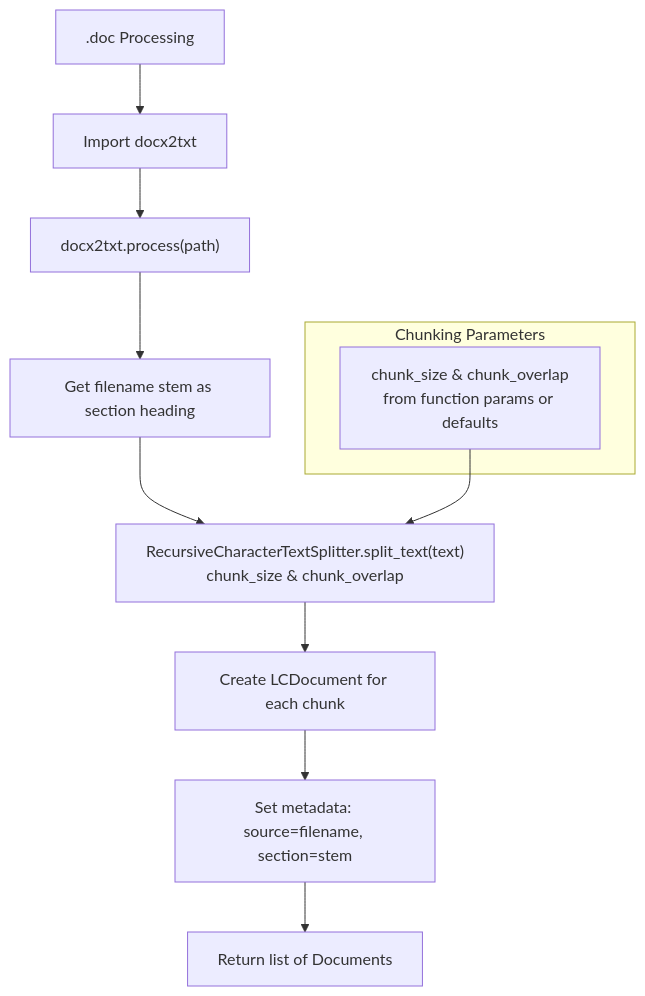
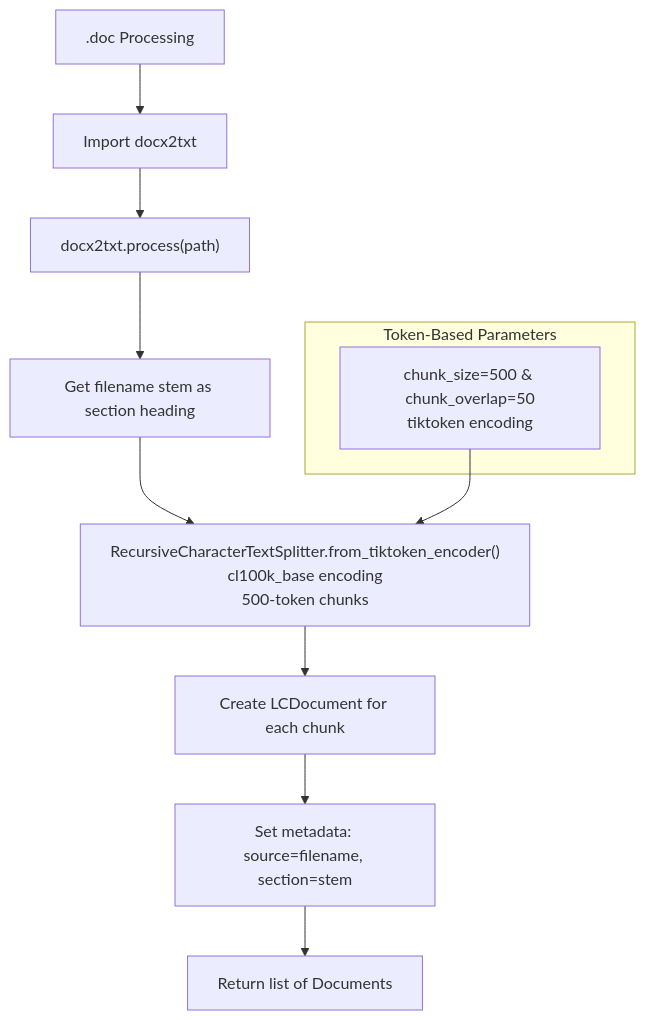
The fourth of 13 diagrams in .qoder/repowiki/en/content/RAG Integration/RAG Parser Enhancement.md (ognelis/cafetera_hr_bot), drawn with Mermaid before and after one commit. The commit also changed other lines of this file and 8 other files, not shown here.

````diff
--- a/.qoder/repowiki/en/content/RAG Integration/RAG Parser Enhancement.md
+++ b/.qoder/repowiki/en/content/RAG Integration/RAG Parser Enhancement.md
@@ -248,14 +245,14 @@
 ```mermaid
 flowchart TD
 StartDoc[".doc Processing"] --> ImportLib["Import docx2txt"]
 ImportLib --> ProcessText["docx2txt.process(path)"]
 ProcessText --> GetStem["Get filename stem as section heading"]
-GetStem --> SplitText["RecursiveCharacterTextSplitter.split_text(text)<br/>chunk_size & chunk_overlap"]
+GetStem --> SplitText["RecursiveCharacterTextSplitter.from_tiktoken_encoder()<br/>cl100k_base encoding<br/>500-token chunks"]
 SplitText --> CreateDocs["Create LCDocument for each chunk"]
 CreateDocs --> SetMetadata["Set metadata: source=filename, section=stem"]
 SetMetadata --> ReturnDocs["Return list of Documents"]
-subgraph "Chunking Parameters"
-Params["chunk_size & chunk_overlap<br/>from function params or defaults"]
+subgraph "Token-Based Parameters"
+Params["chunk_size=500 & chunk_overlap=50<br/>tiktoken encoding"]
 end
 Params --> SplitText
 ```
````
